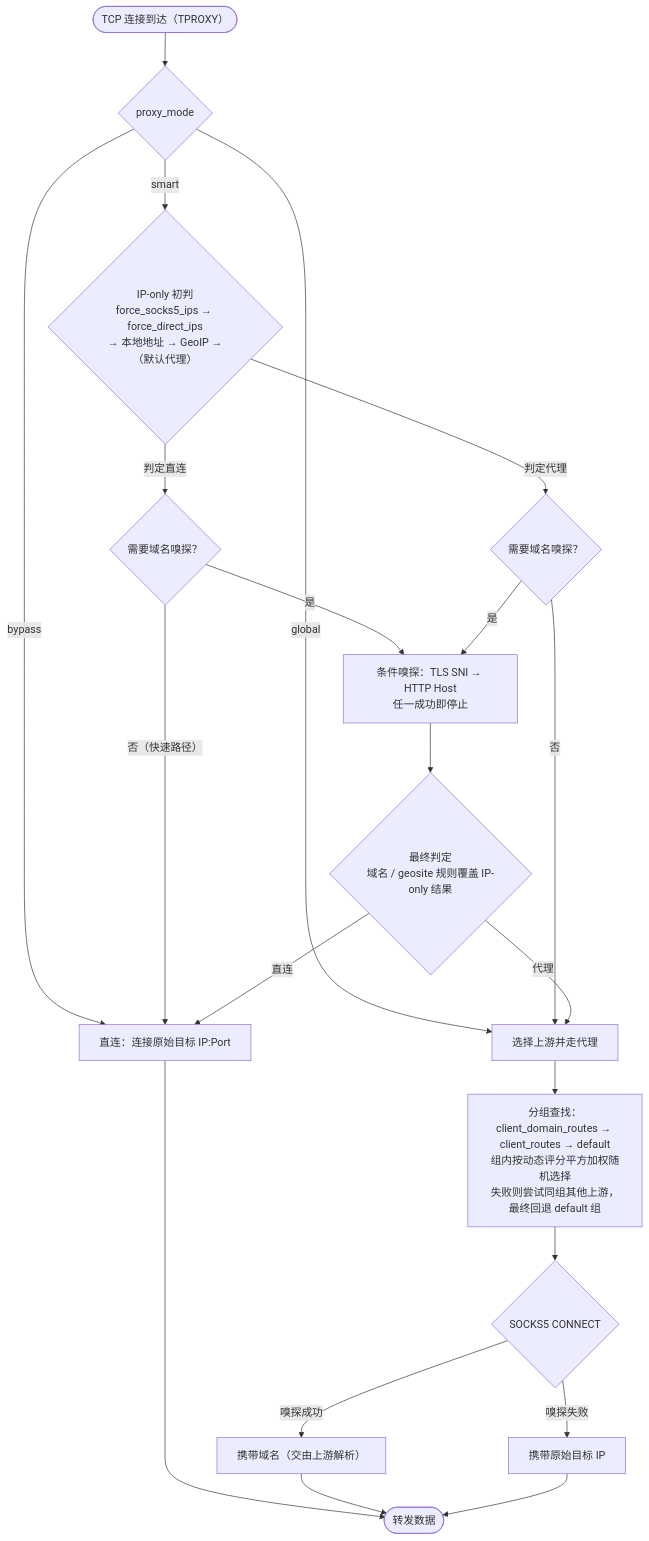
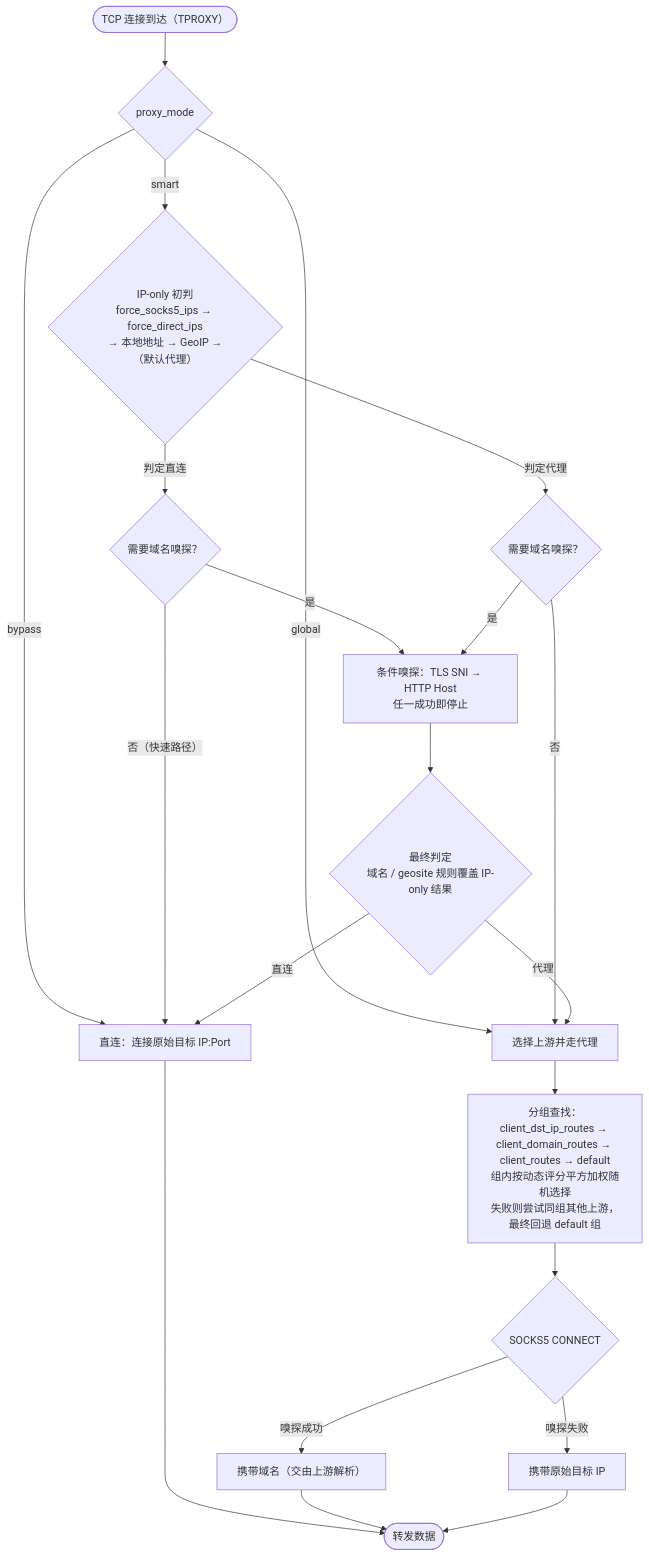
Before and after one commit to hrimfaxi/xtp-rs: the second of 4 diagrams in README.md, drawn with Mermaid. The commit also changed other lines of this file and 6 other files, not shown here.

First line of the commit message:
feat(routes): 新增 client_dst_ip_routes 按目的 IP 分组路由

````diff
--- a/README.md
+++ b/README.md
@@ -215,23 +215,23 @@
 ```mermaid
 flowchart TD
     S(["TCP 连接到达（TPROXY）"]) --> M{"proxy_mode"}
     M -->|"global"| PX["选择上游并走代理"]
     M -->|"bypass"| DR["直连：连接原始目标 IP:Port"]
     M -->|"smart"| IP{"IP-only 初判<br/>force_socks5_ips → force_direct_ips<br/>→ 本地地址 → GeoIP →（默认代理）"}
     IP -->|"判定直连"| Q1{"需要域名嗅探？"}
     IP -->|"判定代理"| Q2{"需要域名嗅探？"}
     Q1 -->|"否（快速路径）"| DR
     Q1 -->|"是"| SN["条件嗅探：TLS SNI → HTTP Host<br/>任一成功即停止"]
     Q2 -->|"否"| PX
     Q2 -->|"是"| SN
     SN --> FJ{"最终判定<br/>域名 / geosite 规则覆盖 IP-only 结果"}
     FJ -->|"直连"| DR
     FJ -->|"代理"| PX
-    PX --> UP["分组查找：client_domain_routes → client_routes → default<br/>组内按动态评分平方加权随机选择<br/>失败则尝试同组其他上游，最终回退 default 组"]
+    PX --> UP["分组查找：client_dst_ip_routes → client_domain_routes → client_routes → default<br/>组内按动态评分平方加权随机选择<br/>失败则尝试同组其他上游，最终回退 default 组"]
     UP --> CT{"SOCKS5 CONNECT"}
     CT -->|"嗅探成功"| DN["携带域名（交由上游解析）"]
     CT -->|"嗅探失败"| IA["携带原始目标 IP"]
     DR --> DONE(["转发数据"])
     DN --> DONE
     IA --> DONE
 ```
````
